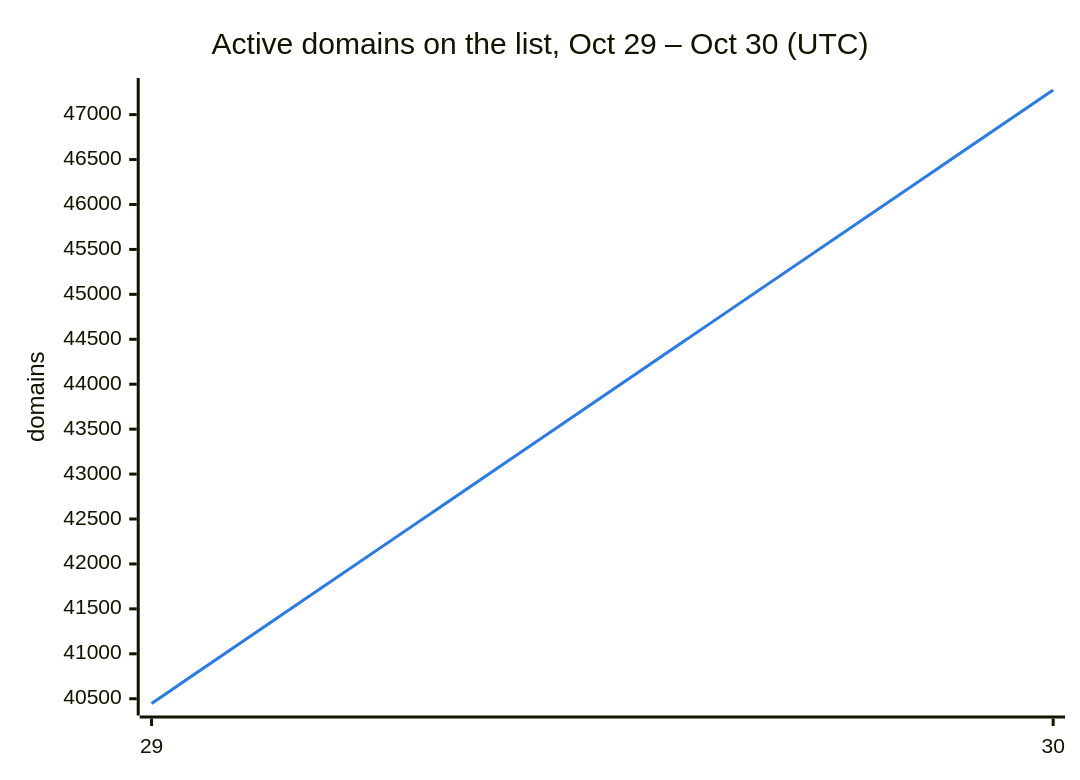
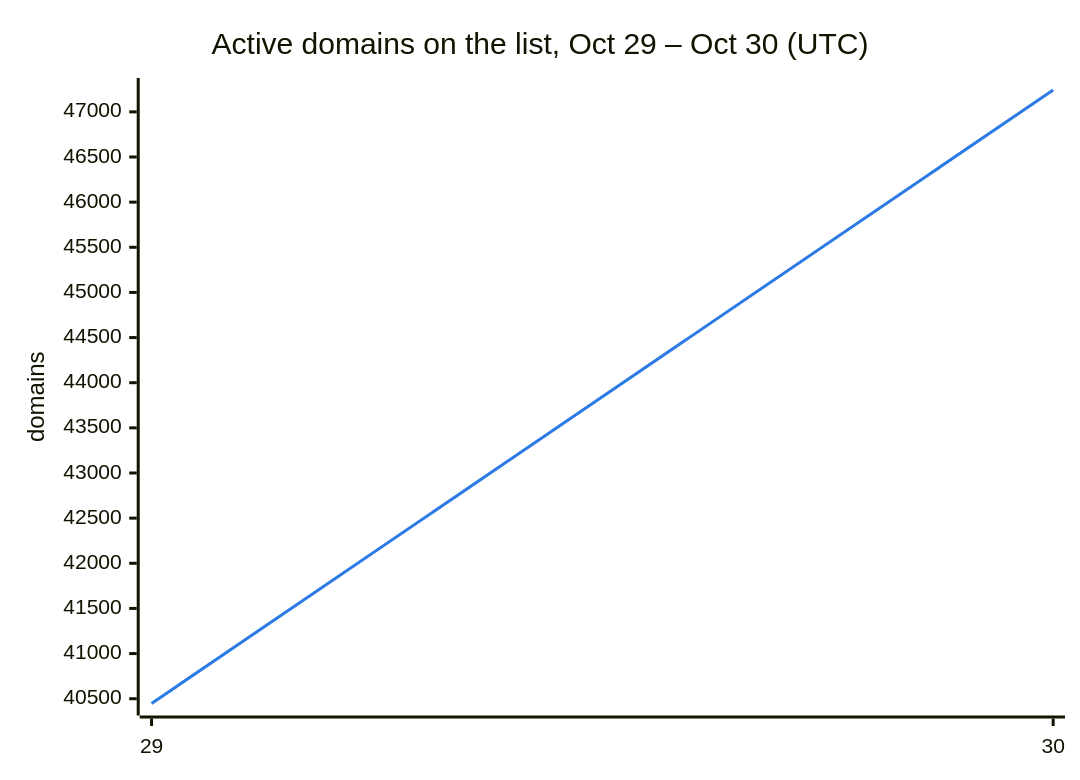
The second of 3 diagrams in README.md (DNSBunker/CTI), drawn with Mermaid before and after one commit. The commit also changed other lines of this file and 3 other files, not shown here.

````diff
--- a/README.md
+++ b/README.md
@@ -38,8 +38,8 @@
 ```mermaid
 %%{init: {"themeVariables": {"xyChart": {"plotColorPalette": "#2c7be5"}}}}%%
 xychart-beta
     title "Active domains on the list, Oct 29 – Oct 30 (UTC)"
     x-axis ["29", "30"]
     y-axis "domains"
-    line [40447, 47274]
+    line [40447, 47242]
 ```
````
